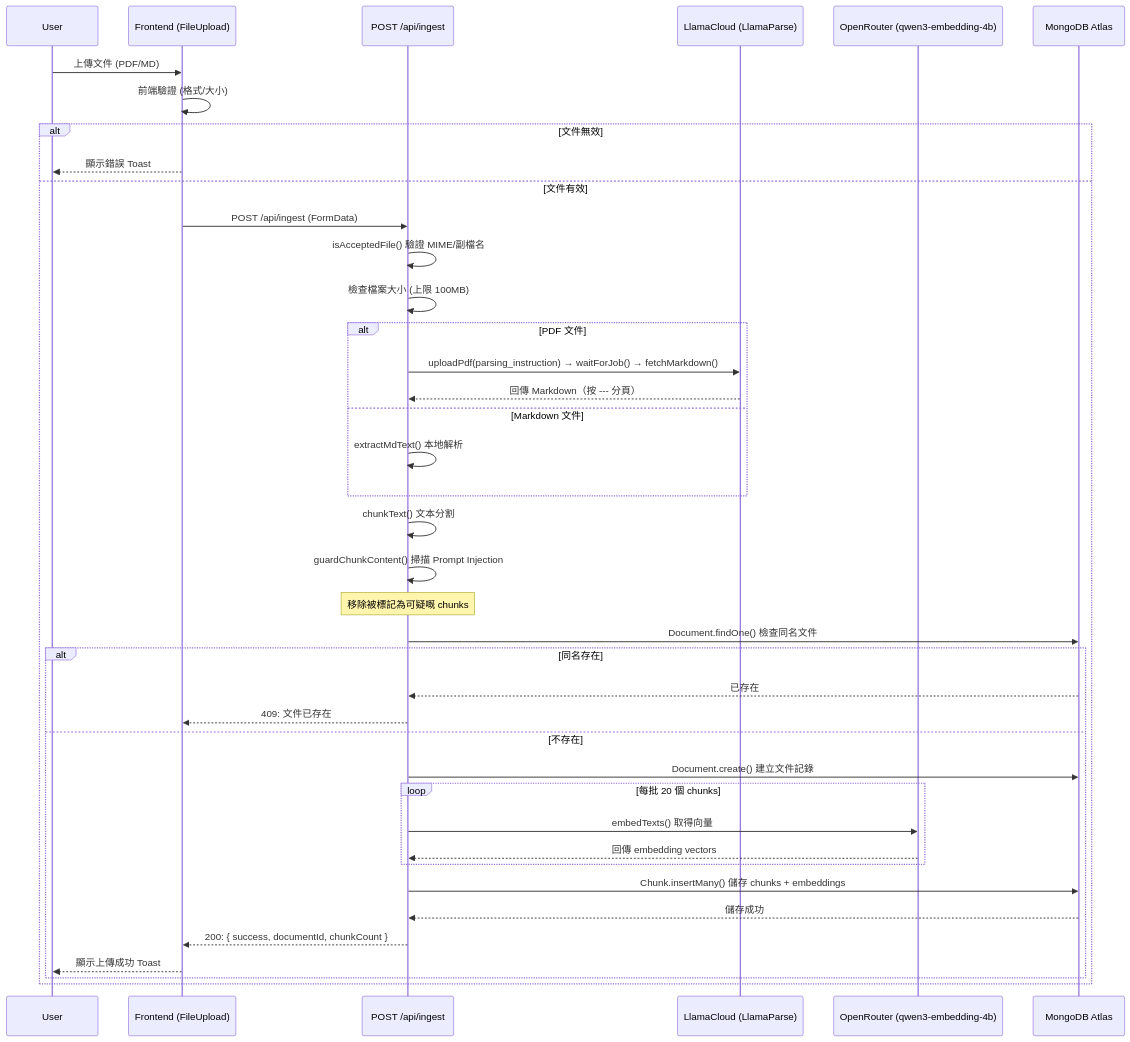
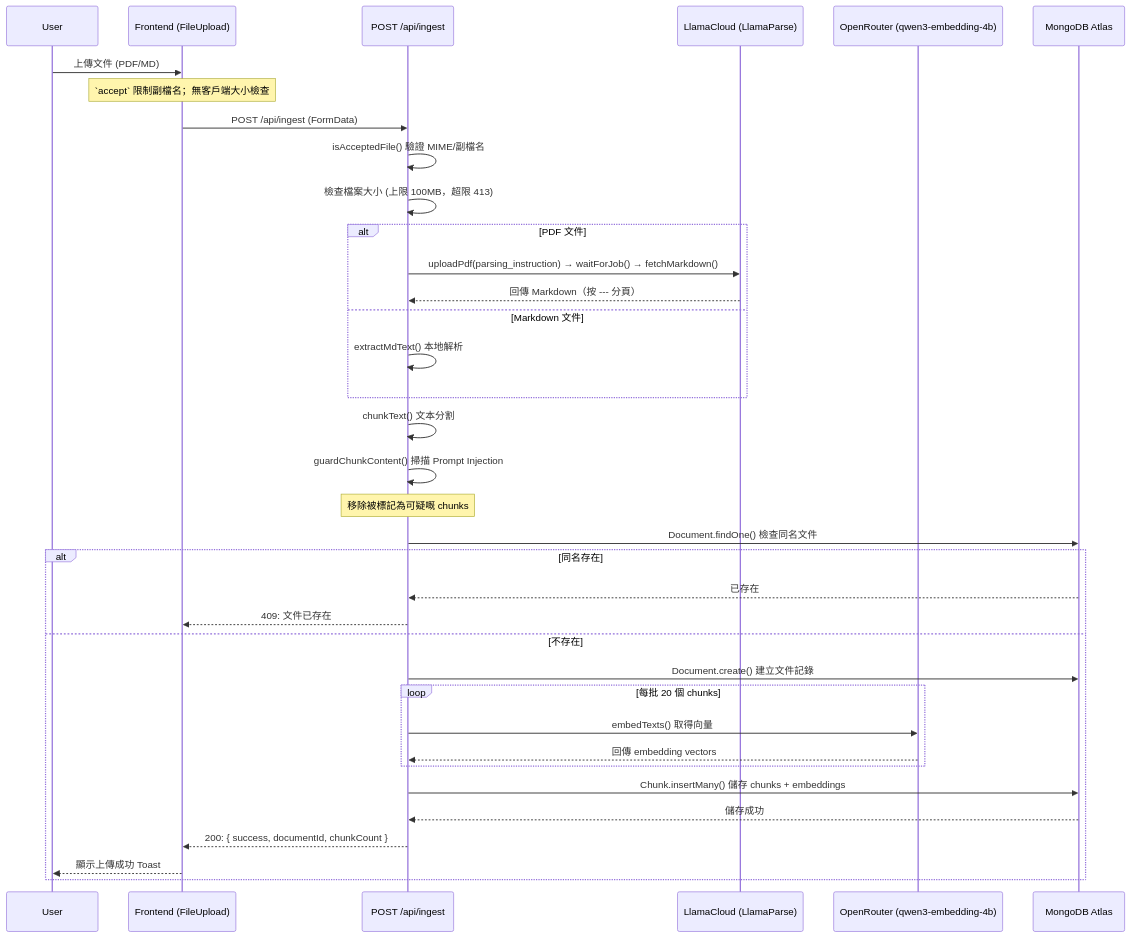
One commit to johnmak101-ops/RevisionApp changed the first of 7 diagrams in docs/SEQUENCE_DIAGRAMS.md. Above: the diagram before and after it, drawn with Mermaid. The commit also changed other lines of this file and 37 other files, not shown here.

Commit message:
docs: update project documentation and sequence diagrams

````diff
--- a/docs/SEQUENCE_DIAGRAMS.md
+++ b/docs/SEQUENCE_DIAGRAMS.md
@@ -11,46 +11,42 @@
 ```mermaid
 sequenceDiagram
     participant User
     participant Frontend as Frontend (FileUpload)
     participant API as POST /api/ingest
     participant LlamaCloud as LlamaCloud (LlamaParse)
     participant OpenRouter as OpenRouter (qwen3-embedding-4b)
     participant MongoDB as MongoDB Atlas
 
     User->>Frontend: 上傳文件 (PDF/MD)
-    Frontend->>Frontend: 前端驗證 (格式/大小)
-    alt 文件無效
-        Frontend-->>User: 顯示錯誤 Toast
-    else 文件有效
-        Frontend->>API: POST /api/ingest (FormData)
-        API->>API: isAcceptedFile() 驗證 MIME/副檔名
-        API->>API: 檢查檔案大小 (上限 100MB)
+    Note over Frontend: `accept` 限制副檔名；無客戶端大小檢查
+    Frontend->>API: POST /api/ingest (FormData)
+    API->>API: isAcceptedFile() 驗證 MIME/副檔名
+    API->>API: 檢查檔案大小 (上限 100MB，超限 413)
 
         alt PDF 文件
             API->>LlamaCloud: uploadPdf(parsing_instruction) → waitForJob() → fetchMarkdown()
             LlamaCloud-->>API: 回傳 Markdown（按 --- 分頁）
         else Markdown 文件
             API->>API: extractMdText() 本地解析
         end
 
         API->>API: chunkText() 文本分割
         API->>API: guardChunkContent() 掃描 Prompt Injection
         Note over API: 移除被標記為可疑嘅 chunks
 
         API->>MongoDB: Document.findOne() 檢查同名文件
         alt 同名存在
             MongoDB-->>API: 已存在
             API-->>Frontend: 409: 文件已存在
         else 不存在
             API->>MongoDB: Document.create() 建立文件記錄
             loop 每批 20 個 chunks
                 API->>OpenRouter: embedTexts() 取得向量
                 OpenRouter-->>API: 回傳 embedding vectors
             end
             API->>MongoDB: Chunk.insertMany() 儲存 chunks + embeddings
             MongoDB-->>API: 儲存成功
             API-->>Frontend: 200: { success, documentId, chunkCount }
             Frontend-->>User: 顯示上傳成功 Toast
         end
-    end
 ```
````
